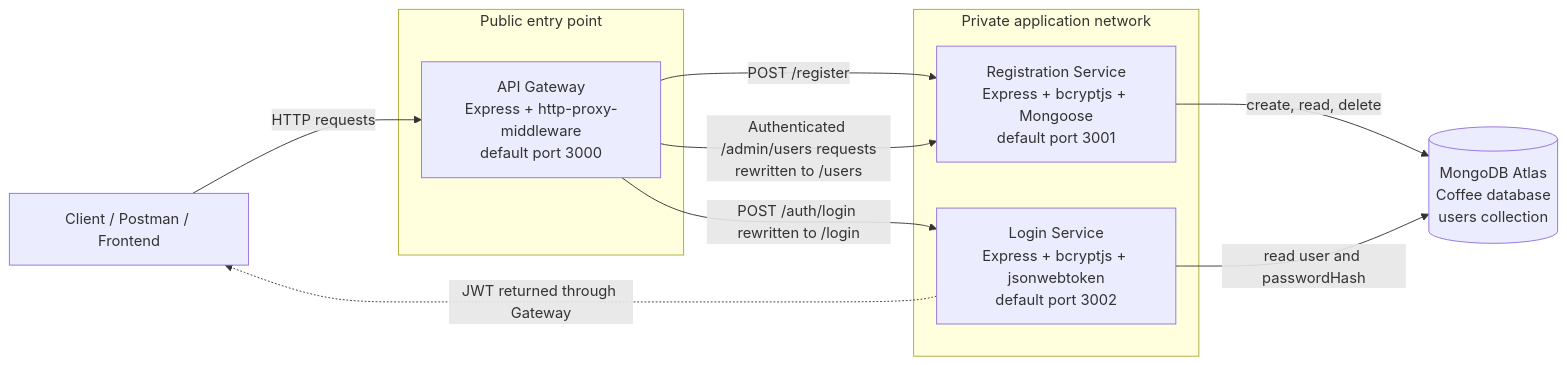
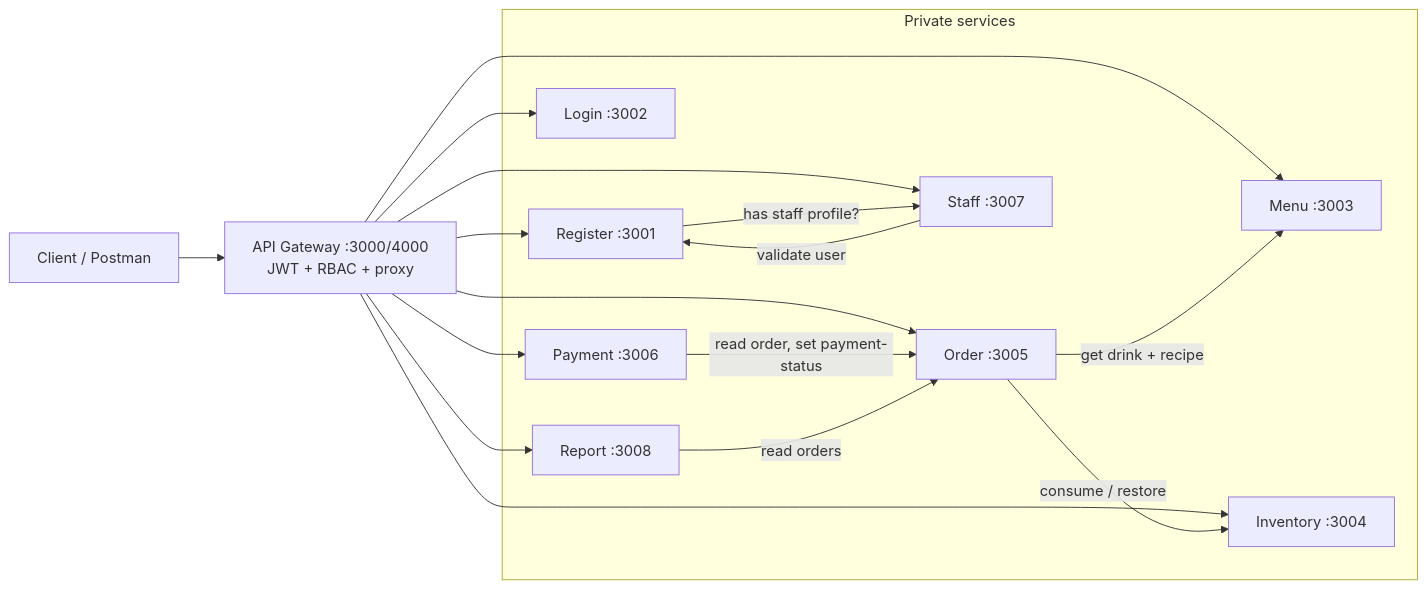
One commit to chhumsomary11/Native-Coffee-management-System changed the diagram in architecture.md. Above: the diagram before and after it, drawn with Mermaid. The commit also changed other lines of this file and 13 other files, not shown here.

````diff
--- a/architecture.md
+++ b/architecture.md
@@ -15,23 +17,26 @@
 ```mermaid
 flowchart LR
-    C[Client / Postman / Frontend]
+    C[Client / Postman]
+    G[API Gateway :3000/4000<br/>JWT + RBAC + proxy]
 
-    subgraph Public_Entry[Public entry point]
-        G[API Gateway<br/>Express + http-proxy-middleware<br/>default port 3000]
+    subgraph Services[Private services]
+        REG[Register :3001]
+        LOG[Login :3002]
+        MEN[Menu :3003]
+        INV[Inventory :3004]
+        ORD[Order :3005]
+        PAY[Payment :3006]
+        STF[Staff :3007]
+        REP[Report :3008]
     end
 
-    subgraph Private_Services[Private application network]
-        R[Registration Service<br/>Express + bcryptjs + Mongoose<br/>default port 3001]
-        L[Login Service<br/>Express + bcryptjs + jsonwebtoken<br/>default port 3002]
-    end
+    C --> G
+    G --> REG & LOG & MEN & INV & ORD & PAY & STF & REP
 
-    DB[(MongoDB Atlas<br/>Coffee database<br/>users collection)]
-
-    C -->|HTTP requests| G
-    G -->|POST /register| R
-    G -->|POST /auth/login rewritten to /login| L
-    G -->|Authenticated /admin/users requests<br/>rewritten to /users| R
-    R -->|create, read, delete| DB
-    L -->|read user and passwordHash| DB
-    L -.->|JWT returned through Gateway| C
+    ORD -->|get drink + recipe| MEN
+    ORD -->|consume / restore| INV
+    PAY -->|read order, set payment-status| ORD
+    REP -->|read orders| ORD
+    STF -->|validate user| REG
+    REG -->|has staff profile?| STF
 ```
````
